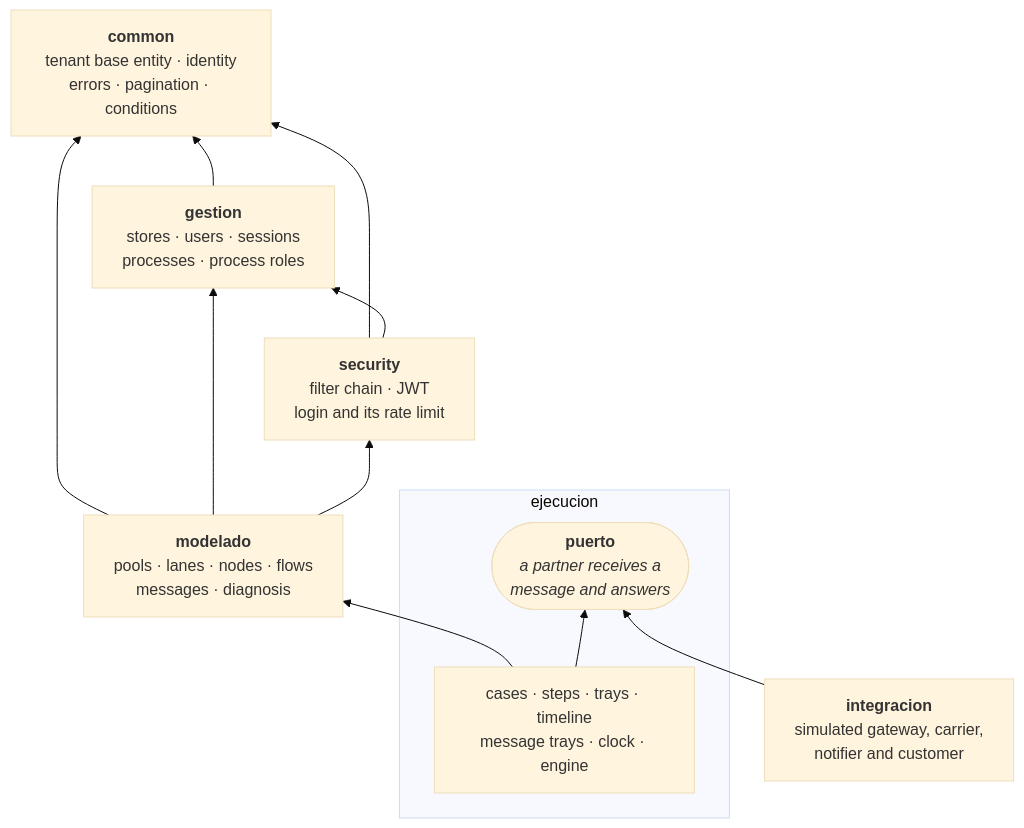
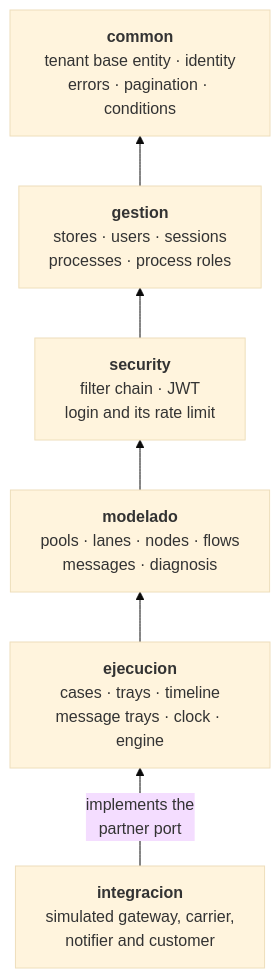
Before and after one commit to AndresContreras1/bpmn-process-manager-api: the third of 3 diagrams in README.md, drawn with Mermaid (base theme). The commit also changed other lines of this file and 15 other files, not shown here.

````diff
--- a/README.md
+++ b/README.md
@@ -1200,24 +84,15 @@
 ```mermaid
 flowchart BT
     common["<b>common</b><br/>tenant base entity · identity<br/>errors · pagination · conditions"]
     gestion["<b>gestion</b><br/>stores · users · sessions<br/>processes · process roles"]
     security["<b>security</b><br/>filter chain · JWT<br/>login and its rate limit"]
     modelado["<b>modelado</b><br/>pools · lanes · nodes · flows<br/>messages · diagnosis"]
-
-    subgraph ejec["ejecucion"]
-        motor["cases · steps · trays · timeline<br/>message trays · clock · engine"]
-        puerto(["<b>puerto</b><br/><i>a partner receives a<br/>message and answers</i>"])
-    end
-
+    ejecucion["<b>ejecucion</b><br/>cases · trays · timeline<br/>message trays · clock · engine"]
     integracion["<b>integracion</b><br/>simulated gateway, carrier,<br/>notifier and customer"]
 
     gestion --> common
-    security --> common
     security --> gestion
-    modelado --> common
-    modelado --> gestion
     modelado --> security
-    motor --> modelado
-    motor --> puerto
-    integracion --> puerto
+    ejecucion --> modelado
+    integracion -- "implements the<br/>partner port" --> ejecucion
 ```
````
